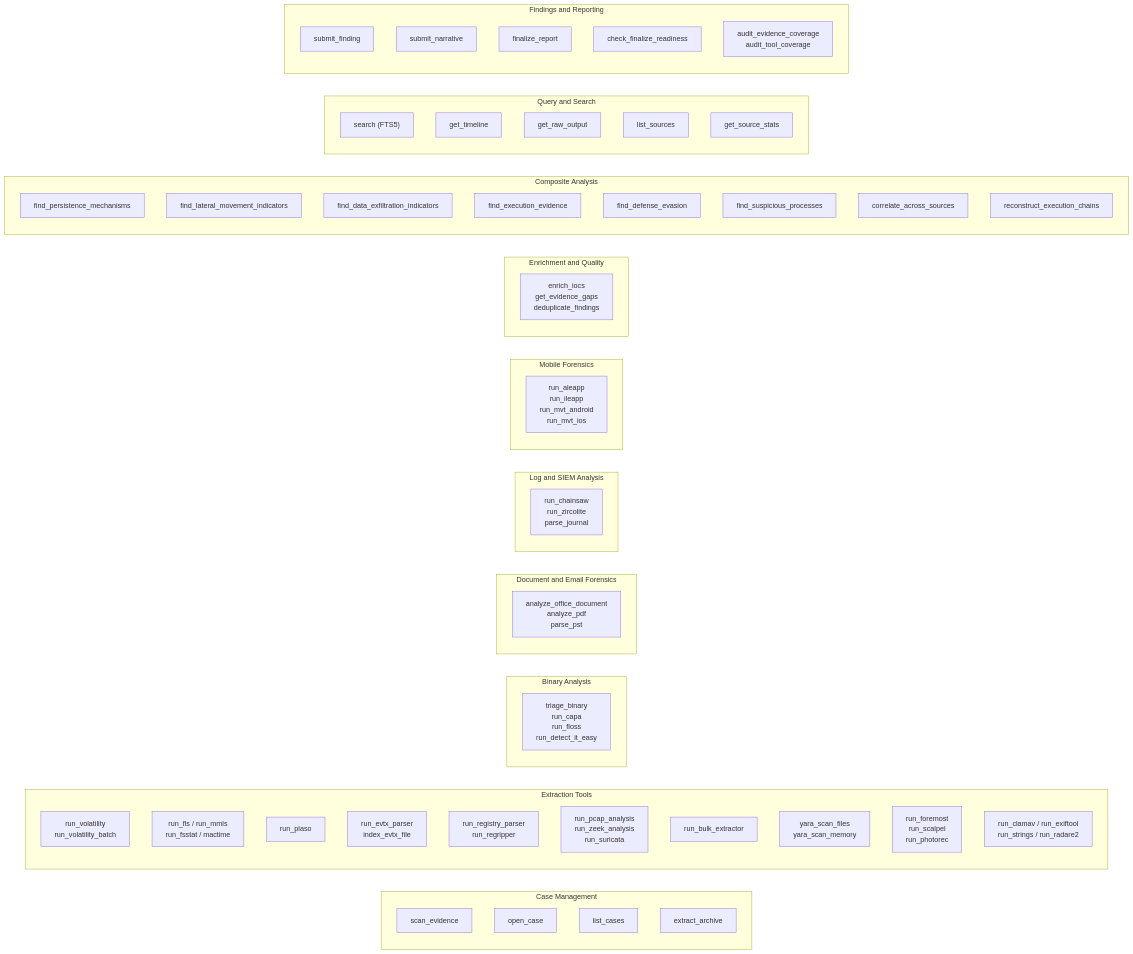
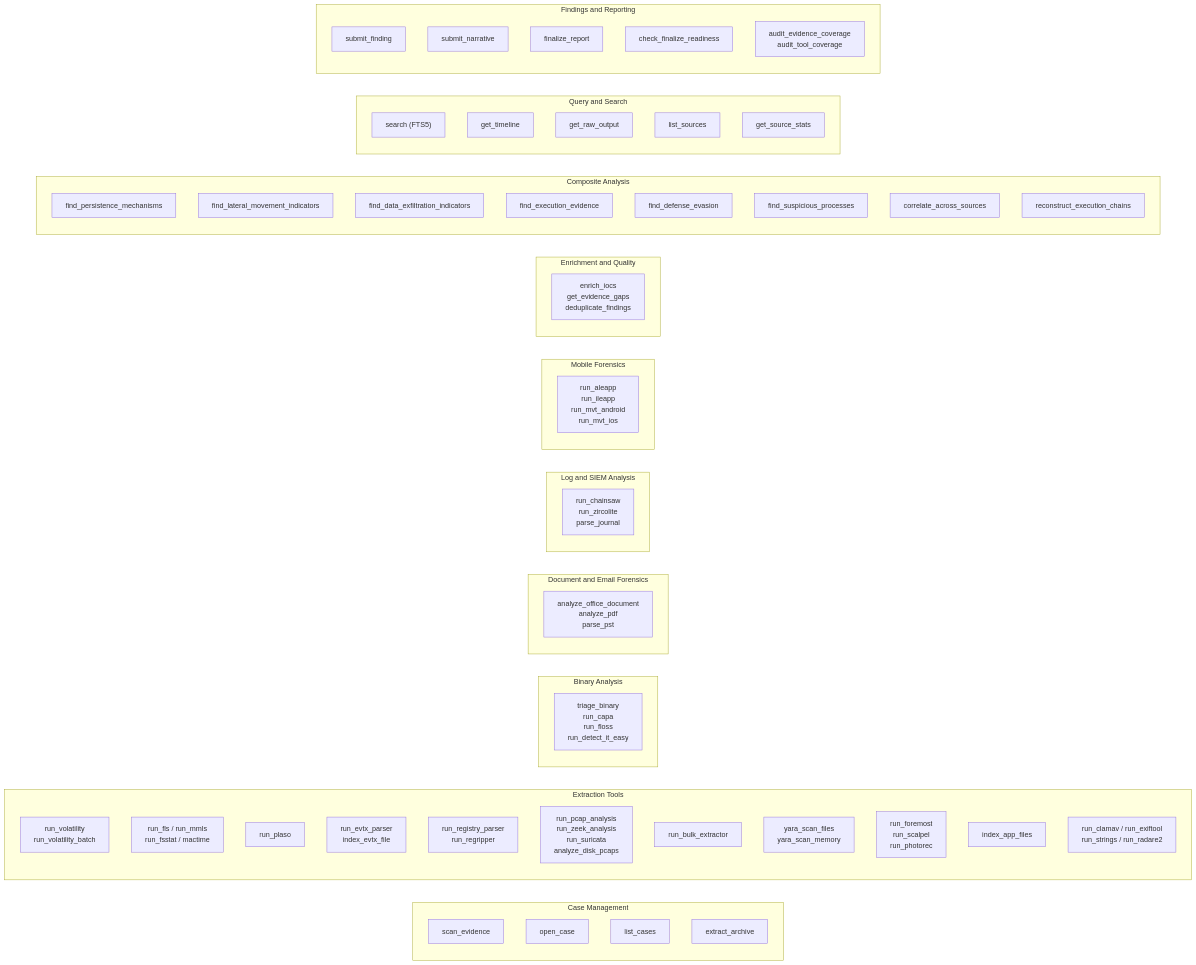
The second of 7 diagrams in docs/architecture.md (calebevans/mulder), drawn with Mermaid before and after one commit. The commit also changed 5 other files, not shown here.

First line of the commit message:
feat: add analyze_disk_pcaps tool for PCAP files found within disk images

````diff
--- a/docs/architecture.md
+++ b/docs/architecture.md
@@ -52,69 +52,70 @@
 ```mermaid
 flowchart LR
     subgraph caseTools [Case Management]
         scanEvidence["scan_evidence"]
         openCase["open_case"]
         listCases["list_cases"]
         extractArchive["extract_archive"]
     end
 
     subgraph extractionTools [Extraction Tools]
         runVolatility["run_volatility\nrun_volatility_batch"]
         runFls["run_fls / run_mmls\nrun_fsstat / mactime"]
         runPlaso["run_plaso"]
         runEvtx["run_evtx_parser\nindex_evtx_file"]
         runRegistry["run_registry_parser\nrun_regripper"]
-        runPcap["run_pcap_analysis\nrun_zeek_analysis\nrun_suricata"]
+        runPcap["run_pcap_analysis\nrun_zeek_analysis\nrun_suricata\nanalyze_disk_pcaps"]
         runBulk["run_bulk_extractor"]
         runYara["yara_scan_files\nyara_scan_memory"]
         runCarving["run_foremost\nrun_scalpel\nrun_photorec"]
+        runAppFiles["index_app_files"]
         runMisc["run_clamav / run_exiftool\nrun_strings / run_radare2"]
     end
 
     subgraph binaryTools [Binary Analysis]
         runBinary["triage_binary\nrun_capa\nrun_floss\nrun_detect_it_easy"]
     end
 
     subgraph docTools [Document and Email Forensics]
         runDocs["analyze_office_document\nanalyze_pdf\nparse_pst"]
     end
 
     subgraph logTools [Log and SIEM Analysis]
         runLogs["run_chainsaw\nrun_zircolite\nparse_journal"]
     end
 
     subgraph mobileTools [Mobile Forensics]
         runMobile["run_aleapp\nrun_ileapp\nrun_mvt_android\nrun_mvt_ios"]
     end
 
     subgraph enrichTools [Enrichment and Quality]
         runEnrich["enrich_iocs\nget_evidence_gaps\ndeduplicate_findings"]
     end
 
     subgraph compositeTools [Composite Analysis]
         findPersistence["find_persistence_mechanisms"]
         findLateral["find_lateral_movement_indicators"]
         findExfil["find_data_exfiltration_indicators"]
         findExecution["find_execution_evidence"]
         findEvasion["find_defense_evasion"]
         findProc["find_suspicious_processes"]
         correlate["correlate_across_sources"]
         reconstruct["reconstruct_execution_chains"]
     end
 
     subgraph queryTools [Query and Search]
         search["search (FTS5)"]
         getTimeline["get_timeline"]
         getRawOutput["get_raw_output"]
         listSources["list_sources"]
         getSourceStats["get_source_stats"]
     end
 
     subgraph findingsTools [Findings and Reporting]
         submitFinding["submit_finding"]
         submitNarrative["submit_narrative"]
         finalizeReport["finalize_report"]
         checkReadiness["check_finalize_readiness"]
         auditCoverage["audit_evidence_coverage\naudit_tool_coverage"]
     end
 ```
````
